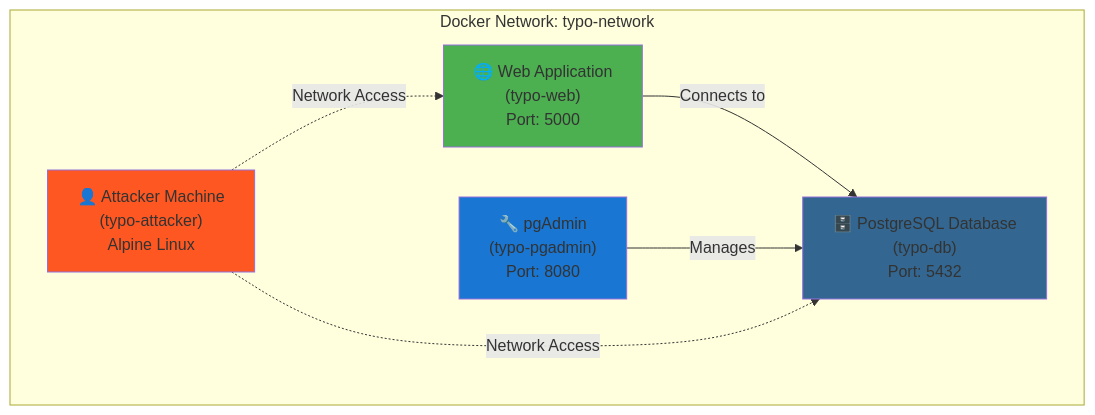
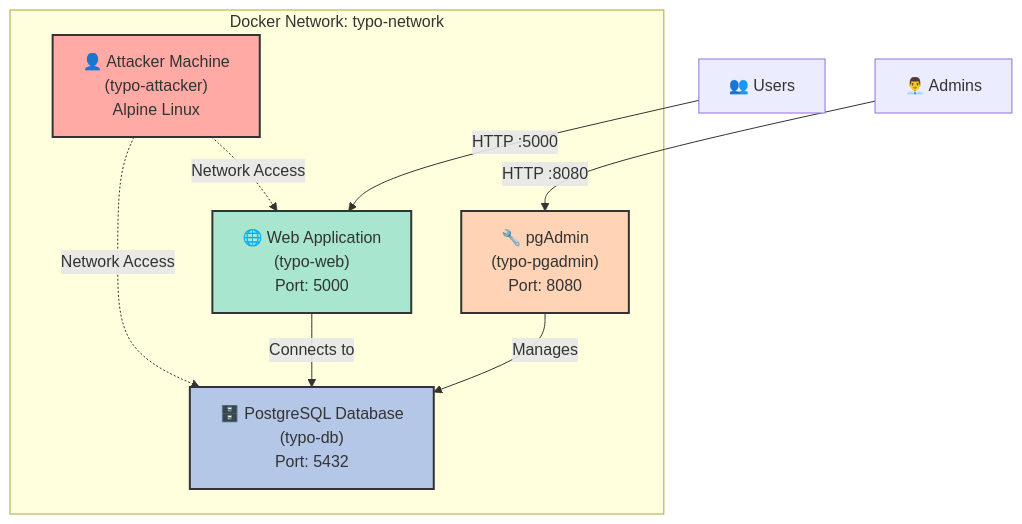
One commit to caseymullineaux/cybercrimeischildsplay changed the diagram in README.md. Above: the diagram before and after it, drawn with Mermaid. The commit also changed other lines of this file, not shown here.

Commit message:
fix: improve formatting and styling in README for better readability

````diff
--- a/README.md
+++ b/README.md
@@ -50,19 +51,22 @@
 ```mermaid
 graph TB
     subgraph "Docker Network: typo-network"
         web["🌐 Web Application<br/>(typo-web)<br/>Port: 5000"]
         postgres["🗄️ PostgreSQL Database<br/>(typo-db)<br/>Port: 5432"]
         pgadmin["🔧 pgAdmin<br/>(typo-pgadmin)<br/>Port: 8080"]
         attacker["👤 Attacker Machine<br/>(typo-attacker)<br/>Alpine Linux"]
         
         web -->|"Connects to"| postgres
         pgadmin -->|"Manages"| postgres
         attacker -.->|"Network Access"| web
         attacker -.->|"Network Access"| postgres
     end
     
-    style web fill:#4CAF50
-    style postgres fill:#336791
-    style pgadmin fill:#1976D2
-    style attacker fill:#FF5722
+    user["👥 Users"] -->|"HTTP :5000"| web
+    admin_user["👨‍💼 Admins"] -->|"HTTP :8080"| pgadmin
+    
+    style web fill:#A8E6CF,stroke:#333,stroke-width:2px
+    style postgres fill:#B4C7E7,stroke:#333,stroke-width:2px
+    style pgadmin fill:#FFD3B6,stroke:#333,stroke-width:2px
+    style attacker fill:#FFAAA5,stroke:#333,stroke-width:2px
 ```
````
